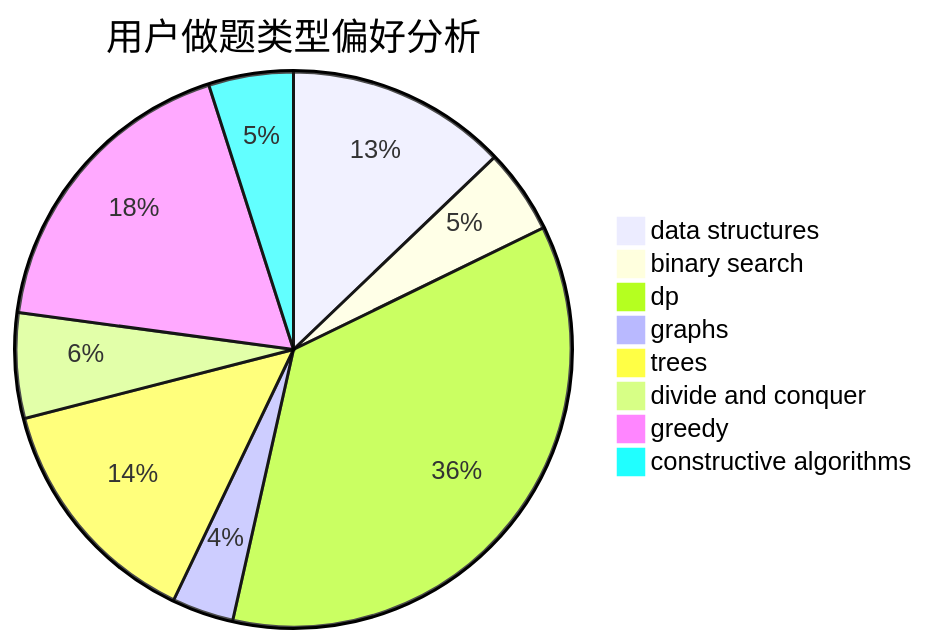
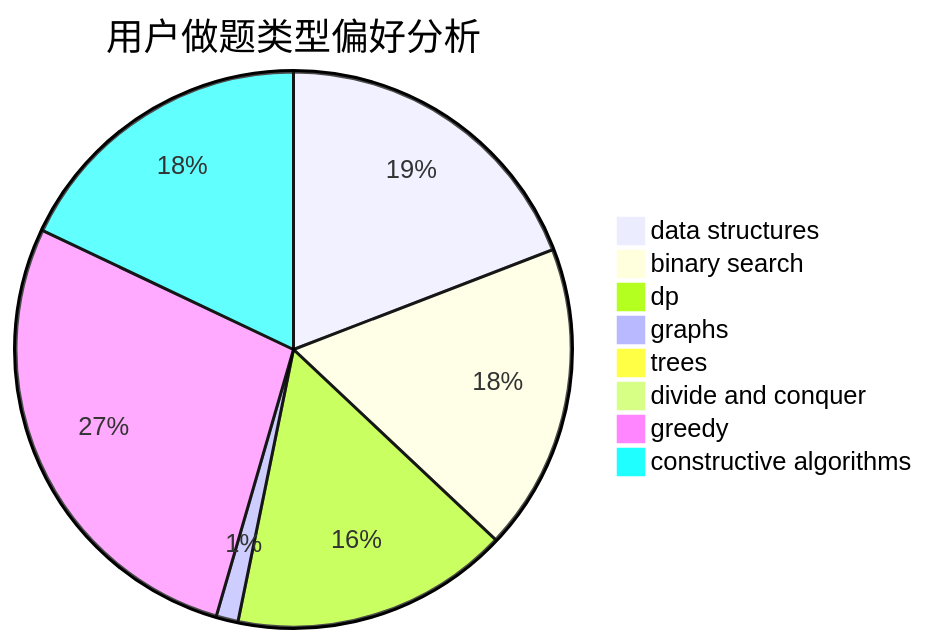
The second of 3 diagrams in docs/user/u1525.md (sherpahu/cfrs.github.io), drawn with Mermaid before and after one commit. The commit also changed other lines of this file and 2770 other files, not shown here.

````diff
--- a/docs/user/u1525.md
+++ b/docs/user/u1525.md
@@ -23,11 +23,11 @@
 ```mermaid
 pie title 用户做题类型偏好分析
-    "data structures" :  86
-    "binary search" :  33
-    "dp" :  239
-    "graphs" :  24
-    "trees" :  93
-    "divide and conquer" :  41
-    "greedy" :  120
-    "constructive algorithms" :  33
+    "data structures" :  239
+    "binary search" :  223
+    "dp" :  202
+    "graphs" :  16
+    "trees" :  3
+    "divide and conquer" :  0
+    "greedy" :  344
+    "constructive algorithms" :  224
 ```
````
